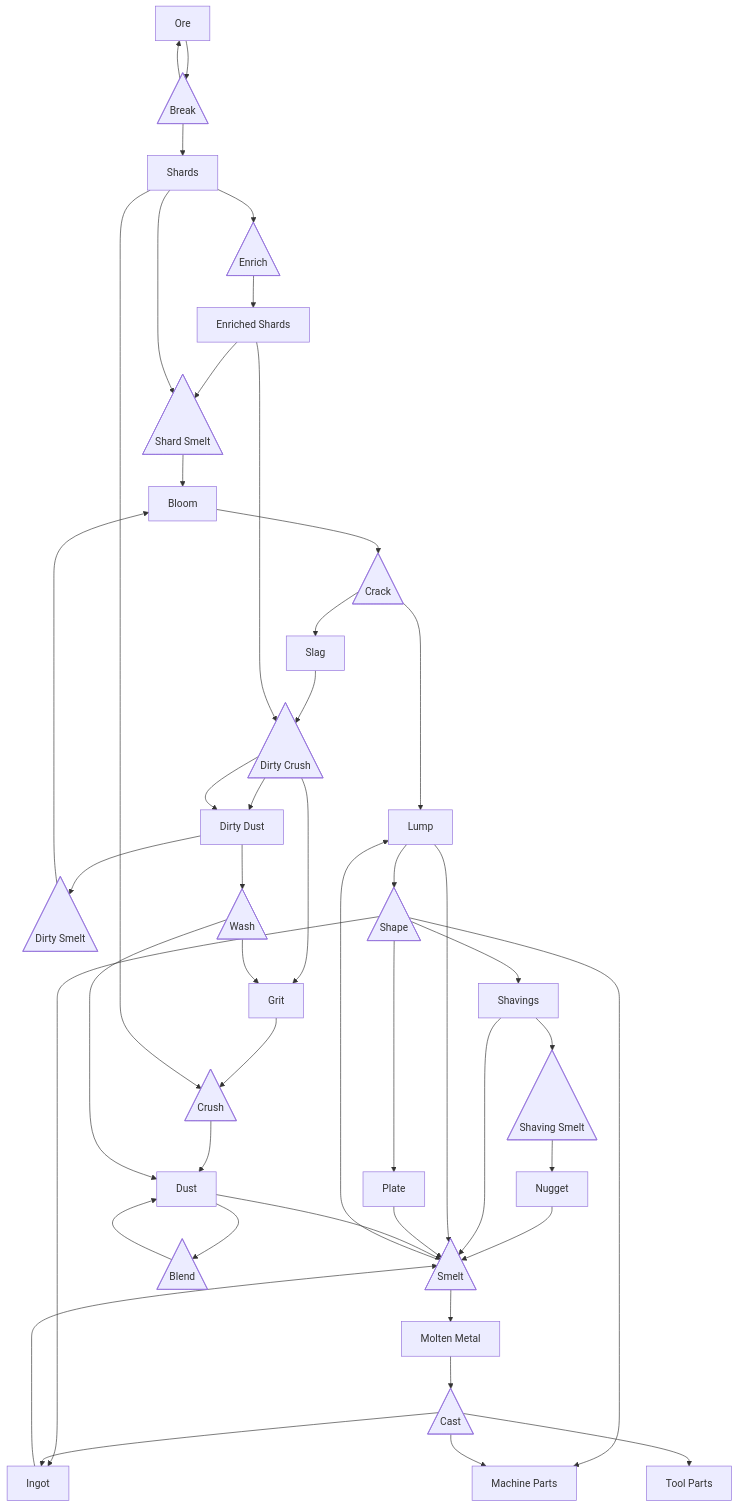
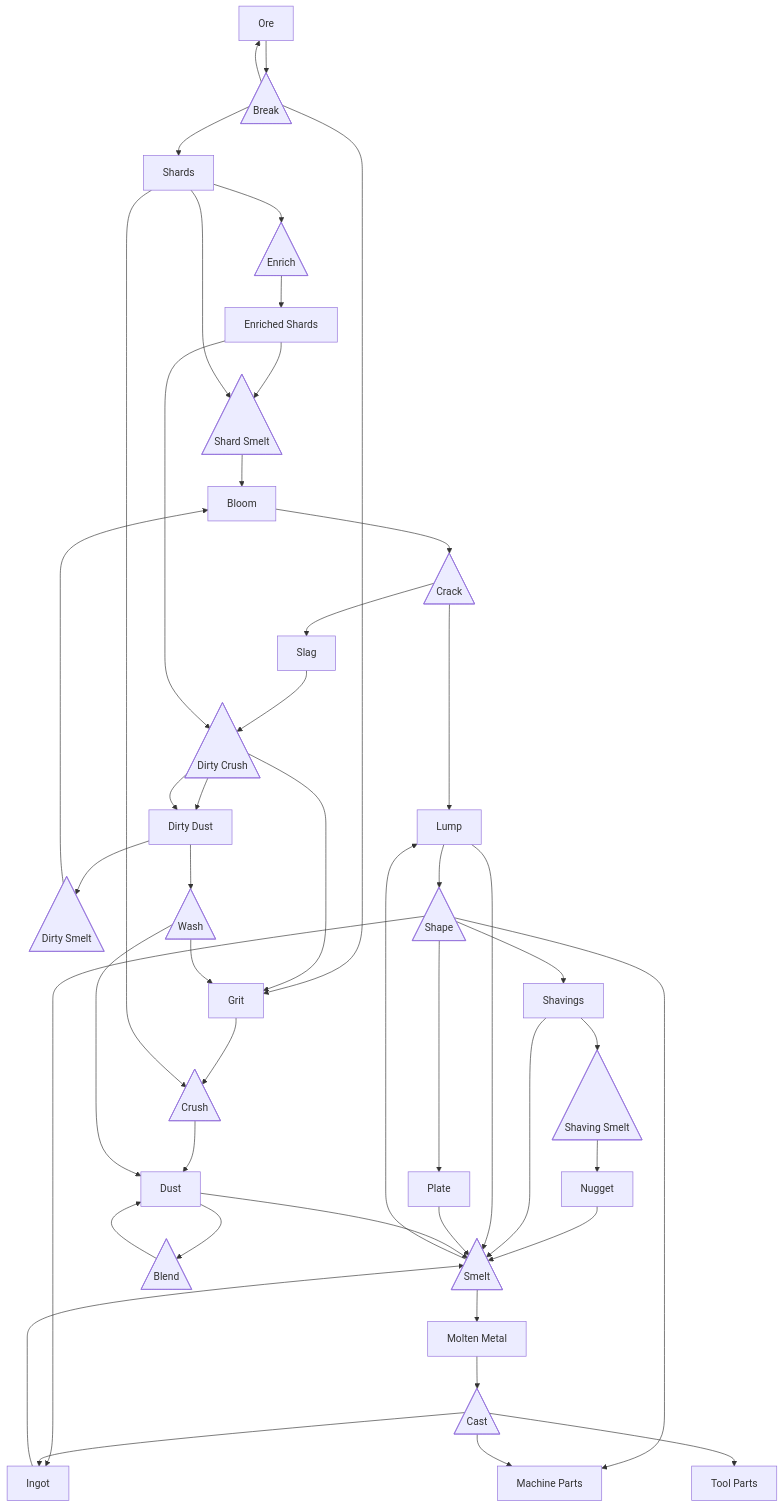
Before and after one commit to IceDragon200/hsw-docs: the diagram in mechanics/metallurgy.md, drawn with Mermaid.

Commit message:
mechanics: grit is a byproduct of breaking ores sometimes, depending on the ore

````diff
--- a/mechanics/metallurgy.md
+++ b/mechanics/metallurgy.md
@@ -3,47 +3,47 @@
 ```mermaid
 flowchart TD
   bloom["Bloom"]
   dust["Dust"]
   dirty_dust["Dirty Dust"]
   ingot["Ingot"]
   lump["Lump"]
   nugget["Nugget"]
   ore["Ore"]
   shards["Shards"]
   enriched_shards["Enriched Shards"]
   shavings["Shavings"]
   slag["Slag"]
   molten_metal["Molten Metal"]
   grit["Grit"]
   machine_parts["Machine Parts"]
   tool_parts["Tool Parts"]
   plate["Plate"]
 
   break@{shape: tri, label: "Break"}
   crack@{shape: tri, label: "Crack"}
   crush@{shape: tri, label: "Crush"}
   dirty_crush@{shape: tri, label: "Dirty Crush"}
   smelt@{shape: tri, label: "Smelt"}
   dirty_smelt@{shape: tri, label: "Dirty Smelt"}
   shard_smelt@{shape: tri, label: "Shard Smelt"}
   shaving_smelt@{shape: tri, label: "Shaving Smelt"}
   shape@{shape: tri, label: "Shape"}
   cast@{shape: tri, label: "Cast"}
   enrich@{shape: tri, label: "Enrich"}
   blend@{shape: tri, label: "Blend"}
   wash@{shape: tri, label: "Wash"}
 
-  ore --> break --> shards & ore
+  ore --> break --> shards & ore & grit
   grit & shards --> crush --> dust
   enriched_shards & shards --> shard_smelt --> bloom --> crack --> lump & slag
   slag --> dirty_crush --> grit & dirty_dust
   shards --> enrich --> enriched_shards --> dirty_crush --> dirty_dust --> wash --> dust & grit
 
   dust --> blend --> dust
   nugget & shavings & lump & ingot & plate & dust --> smelt --> lump & molten_metal
   dirty_dust --> dirty_smelt --> bloom
 
   lump --> shape --> ingot & plate & machine_parts & shavings
   shavings --> shaving_smelt --> nugget
   molten_metal --> cast --> ingot & tool_parts & machine_parts
 ```
````
